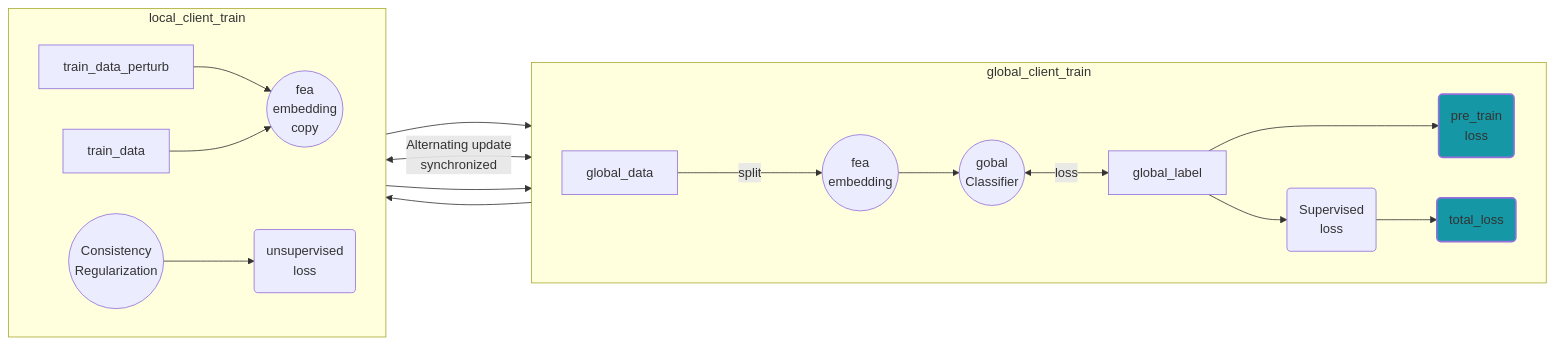
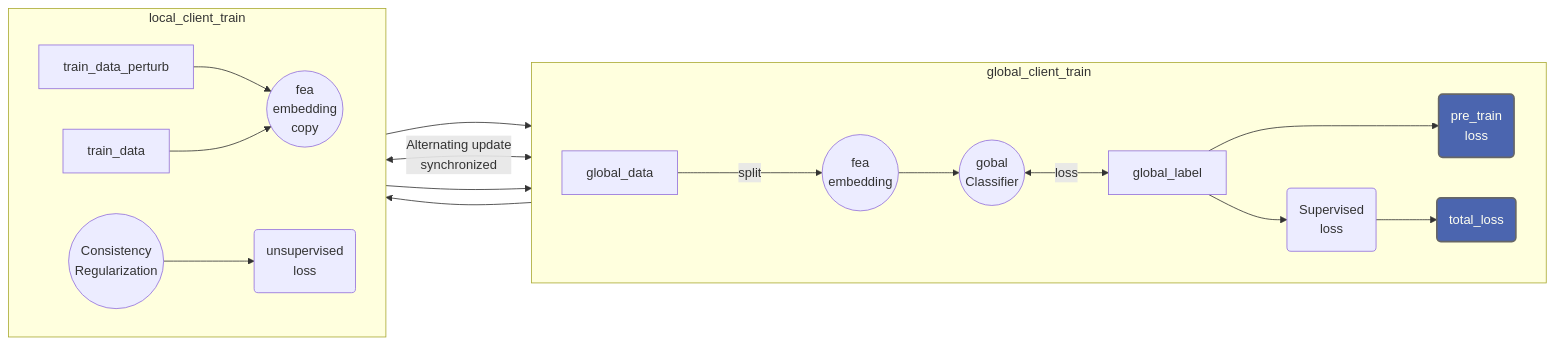
One commit to SeeleNueZ/financial_fraud changed the diagram in README.md. Above: the diagram before and after it, drawn with Mermaid.

````diff
--- a/README.md
+++ b/README.md
@@ -14,39 +14,41 @@
 ```mermaid
     flowchart LR
       A["global_data"]
       B(("fea<br>embedding"))
       C(("gobal<br>Classifier"))
       D["global_label"]
       E("Supervised<br>loss")
       F("pre_train<br>loss")
       T1["train_data"]
       T2["train_data_perturb"]
       T3("unsupervised<br>loss")
       T4("total_loss")
       ML2(("Consistency<br>Regularization"))
       ML3(("fea<br>embedding<br>copy"))
-      style T4 fill:#1597A5,stroke:##FFF4DE,stroke-width:2px
-      style F fill:#1597A5,stroke:##FFF4DE,stroke-width:2px
+      classDef end1 fill:#4B65AF,stroke:#666,stroke-width:2px,color:#fffff1
+      class T4,F end1;
+      classDef back fill:#111111
+      class ide1 back;
       subgraph ide1[global_client_train]
       direction LR
         A--->|split|B
         C<-->|loss|D
 %%        D-->|update|C
 %%        D-->|update|B
         B-->C
         D--->F
         D-->E
         E-->T4
         
       end
       subgraph ide2[local_client_train]
       direction LR
       T2-->ML3
       T1-->ML3
       C-->ML2
       ML3-->C
       ML3<-->|Alternating update<br>synchronized|B
       ML2-->T3
       T3-->T4
       end
 ```
````
